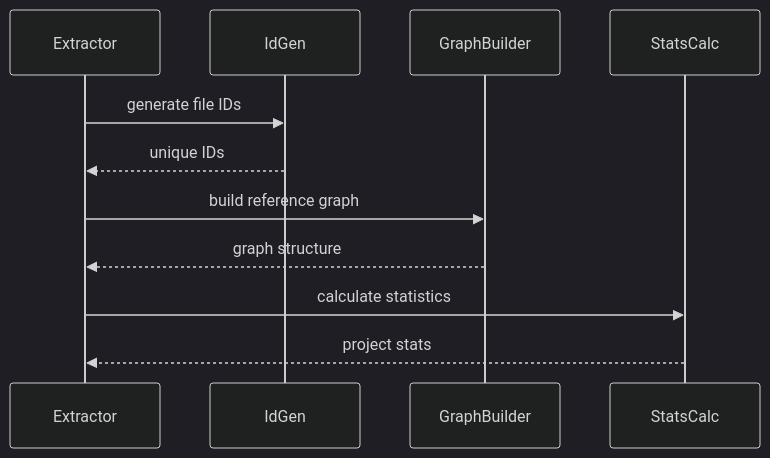
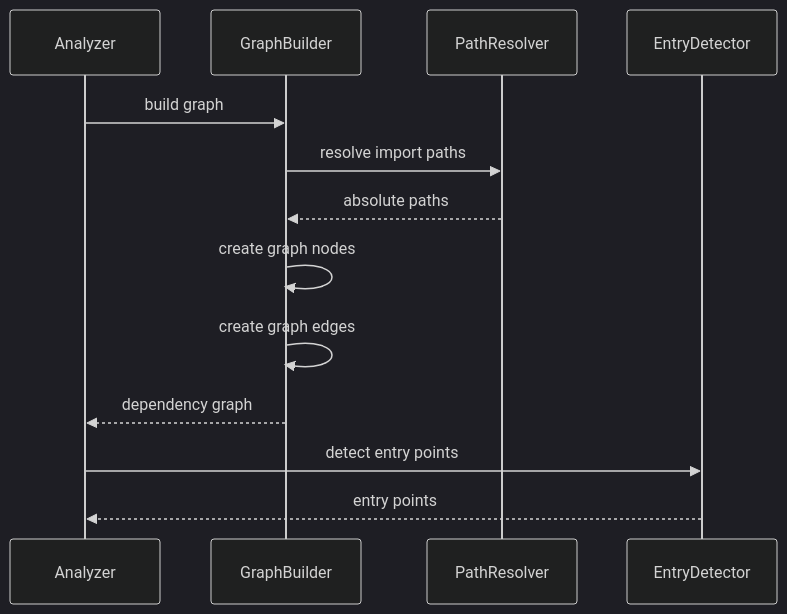
One commit to mineclover/deps-cli changed the fourth of 5 diagrams in docs/ARCHITECTURE.md. Above: the diagram before and after it, drawn with Mermaid (dark theme). The commit also changed other lines of this file and 41 other files, not shown here.

````diff
--- a/docs/ARCHITECTURE.md
+++ b/docs/ARCHITECTURE.md
@@ -225,16 +306,18 @@
 ```mermaid
 sequenceDiagram
-    participant Extractor
-    participant IdGen
+    participant Analyzer
     participant GraphBuilder
-    participant StatsCalc
+    participant PathResolver
+    participant EntryDetector
 
-    Extractor->>IdGen: generate file IDs
-    IdGen-->>Extractor: unique IDs
+    Analyzer->>GraphBuilder: build graph
+    GraphBuilder->>PathResolver: resolve import paths
+    PathResolver-->>GraphBuilder: absolute paths
 
-    Extractor->>GraphBuilder: build reference graph
-    GraphBuilder-->>Extractor: graph structure
+    GraphBuilder->>GraphBuilder: create graph nodes
+    GraphBuilder->>GraphBuilder: create graph edges
+    GraphBuilder-->>Analyzer: dependency graph
 
-    Extractor->>StatsCalc: calculate statistics
-    StatsCalc-->>Extractor: project stats
+    Analyzer->>EntryDetector: detect entry points
+    EntryDetector-->>Analyzer: entry points
 ```
````
